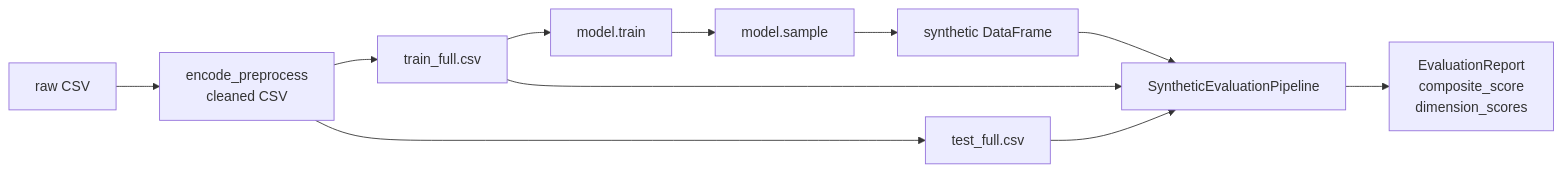
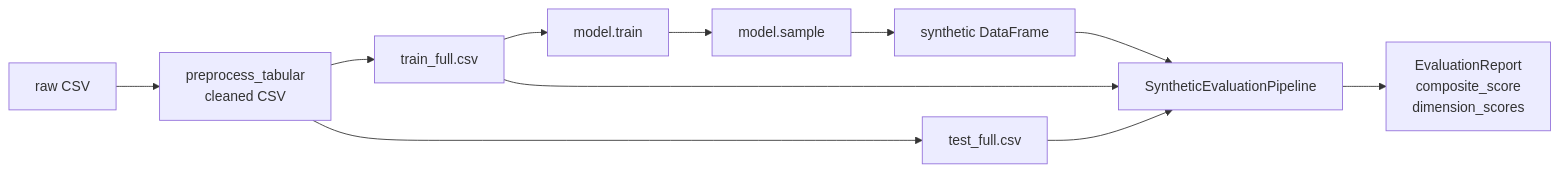
The third of 3 diagrams in ARCHITECTURE.md (datascience-works/Katabatic), drawn with Mermaid before and after one commit. The commit also changed other lines of this file and 6 other files, not shown here.

````diff
--- a/ARCHITECTURE.md
+++ b/ARCHITECTURE.md
@@ -124,10 +124,10 @@
 ```mermaid
 flowchart LR
-    A[raw CSV] --> B[encode_preprocess\ncleaned CSV]
+    A[raw CSV] --> B[preprocess_tabular\ncleaned CSV]
     B --> C[train_full.csv] & T[test_full.csv]
     C --> D[model.train]
     D --> E[model.sample]
     E --> F[synthetic DataFrame]
     C & T & F --> G[SyntheticEvaluationPipeline]
     G --> H[EvaluationReport\ncomposite_score\ndimension_scores]
 ```
````
